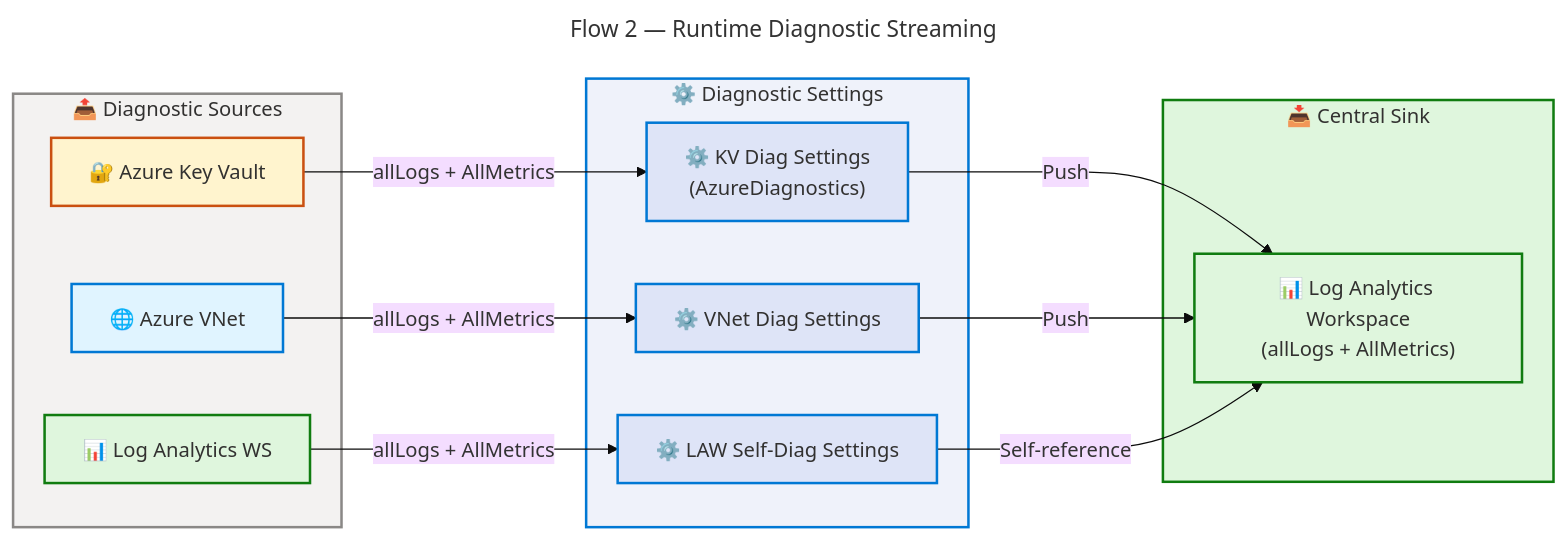
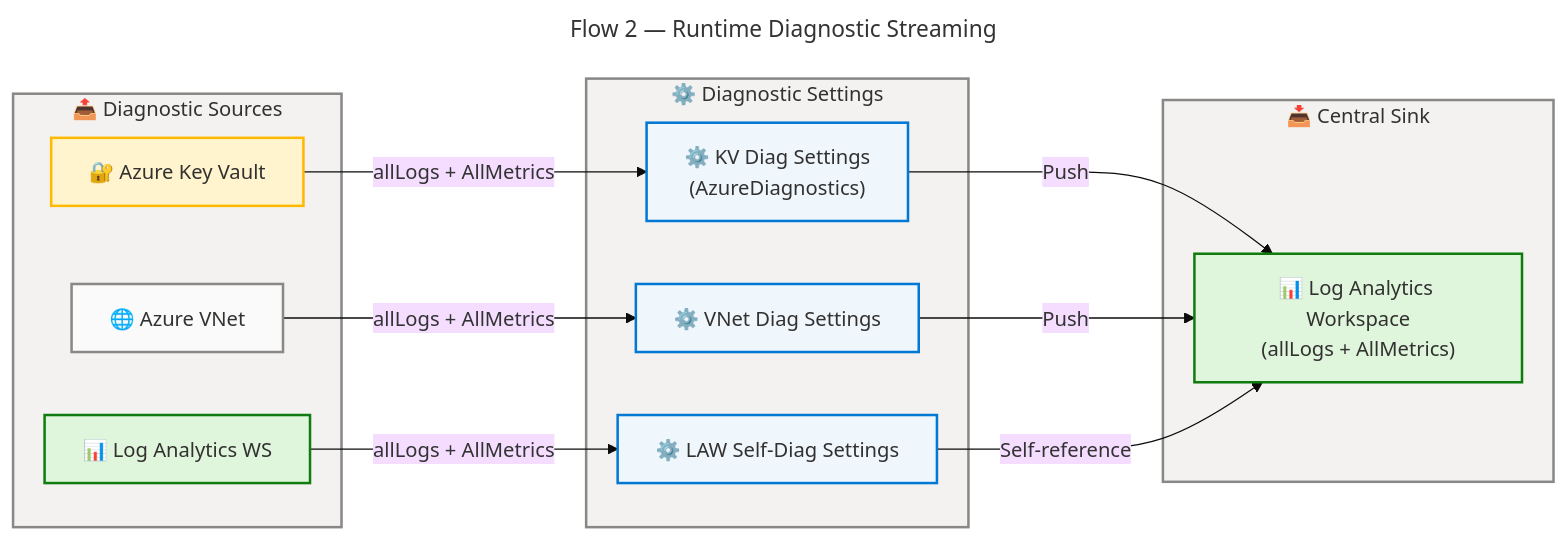
Before and after one commit to Evilazaro/DevExp-DevBox: the sixth of 8 diagrams in docs/architecture/tech-arch.md, drawn with Mermaid. The commit also changed other lines of this file, not shown here.

Commit message:
Refactor technology architecture diagrams for improved semantic clarity, accessibility compliance, and consistent styling

````diff
--- a/docs/architecture/tech-arch.md
+++ b/docs/architecture/tech-arch.md
@@ -1234,53 +1242,59 @@
 ```mermaid
 ---
 title: Flow 2 — Runtime Diagnostic Streaming
 config:
   theme: base
   look: classic
   layout: dagre
   themeVariables:
     fontSize: '16px'
   flowchart:
     htmlLabels: true
 ---
 flowchart LR
     accTitle: Flow 2 Runtime Diagnostic Streaming
     accDescr: Runtime push-based diagnostic streaming from Azure Key Vault, Azure VNet, and Log Analytics Workspace self-diagnostics to the central Log Analytics Workspace sink. WCAG AA compliant.
 
     %% ═══════════════════════════════════════════════════════════════
     %% AZURE / FLUENT ARCHITECTURE PATTERN v2.0
-    %% PHASE 1-5: Fluent UI palette, subgraph styles, icons, accessibility, classDef
+    %% (Semantic + Structural + Font + Accessibility Governance)
+    %% ═══════════════════════════════════════════════════════════════
+    %% PHASE 1 - FLUENT UI: All styling uses approved Fluent UI palette only
+    %% PHASE 2 - GROUPS: Every subgraph has semantic color via style directive
+    %% PHASE 3 - COMPONENTS: Every node has semantic classDef + icon prefix
+    %% PHASE 4 - ACCESSIBILITY: accTitle/accDescr present, WCAG AA contrast
+    %% PHASE 5 - STANDARD: Governance block present, classDefs centralized
     %% ═══════════════════════════════════════════════════════════════
 
     subgraph SOURCES["📤 Diagnostic Sources"]
-        KV_S["🔐 Azure Key Vault"]:::security
-        VNET_S["🌐 Azure VNet"]:::network
-        LAW_S["📊 Log Analytics WS"]:::monitoring
+        KV_S["🔐 Azure Key Vault"]:::warning
+        VNET_S["🌐 Azure VNet"]:::neutral
+        LAW_S["📊 Log Analytics WS"]:::success
     end
 
     subgraph DIAG_SETTINGS["⚙️ Diagnostic Settings"]
-        KV_DS["⚙️ KV Diag Settings\n(AzureDiagnostics)"]:::iac
-        VNET_DS["⚙️ VNet Diag Settings"]:::iac
-        LAW_DS["⚙️ LAW Self-Diag Settings"]:::iac
+        KV_DS["⚙️ KV Diag Settings\n(AzureDiagnostics)"]:::core
+        VNET_DS["⚙️ VNet Diag Settings"]:::core
+        LAW_DS["⚙️ LAW Self-Diag Settings"]:::core
     end
 
     subgraph SINK["📥 Central Sink"]
-        LAW_SINK["📊 Log Analytics Workspace\n(allLogs + AllMetrics)"]:::monitoring
+        LAW_SINK["📊 Log Analytics Workspace\n(allLogs + AllMetrics)"]:::success
     end
 
     KV_S -->|"allLogs + AllMetrics"| KV_DS
     VNET_S -->|"allLogs + AllMetrics"| VNET_DS
     LAW_S -->|"allLogs + AllMetrics"| LAW_DS
     KV_DS -->|"Push"| LAW_SINK
     VNET_DS -->|"Push"| LAW_SINK
     LAW_DS -->|"Self-reference"| LAW_SINK
 
     style SOURCES fill:#F3F2F1,stroke:#8A8886,stroke-width:2px,color:#323130
-    style DIAG_SETTINGS fill:#EFF2FA,stroke:#0078D4,stroke-width:2px,color:#323130
-    style SINK fill:#DFF6DD,stroke:#107C10,stroke-width:2px,color:#323130
+    style DIAG_SETTINGS fill:#F3F2F1,stroke:#8A8886,stroke-width:2px,color:#323130
+    style SINK fill:#F3F2F1,stroke:#8A8886,stroke-width:2px,color:#323130
 
-    classDef security fill:#FFF4CE,stroke:#CA5010,stroke-width:2px,color:#323130
-    classDef network fill:#E0F4FF,stroke:#0078D4,stroke-width:2px,color:#323130
-    classDef monitoring fill:#DFF6DD,stroke:#107C10,stroke-width:2px,color:#323130
-    classDef iac fill:#DEE4F7,stroke:#0078D4,stroke-width:2px,color:#323130
+    classDef neutral  fill:#FAFAFA,stroke:#8A8886,stroke-width:2px,color:#323130
+    classDef core     fill:#EFF6FC,stroke:#0078D4,stroke-width:2px,color:#323130
+    classDef success  fill:#DFF6DD,stroke:#107C10,stroke-width:2px,color:#323130
+    classDef warning  fill:#FFF4CE,stroke:#FFB900,stroke-width:2px,color:#323130
 ```
````
